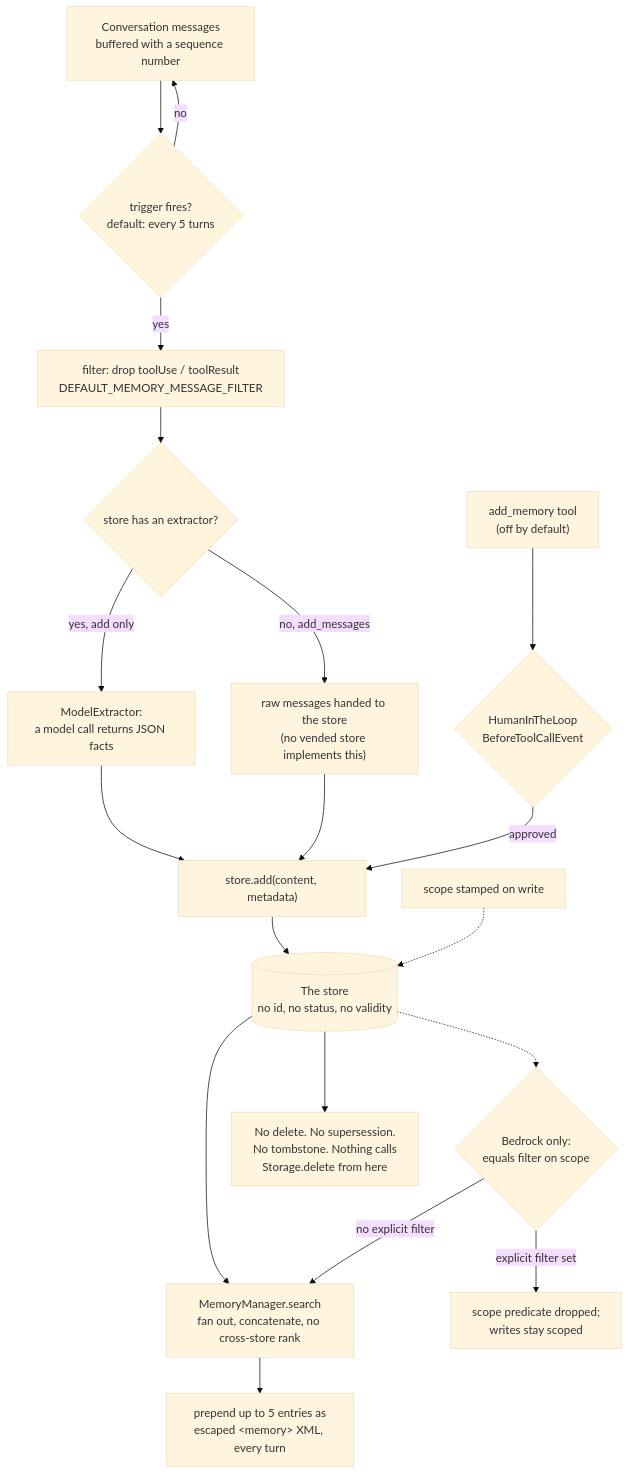
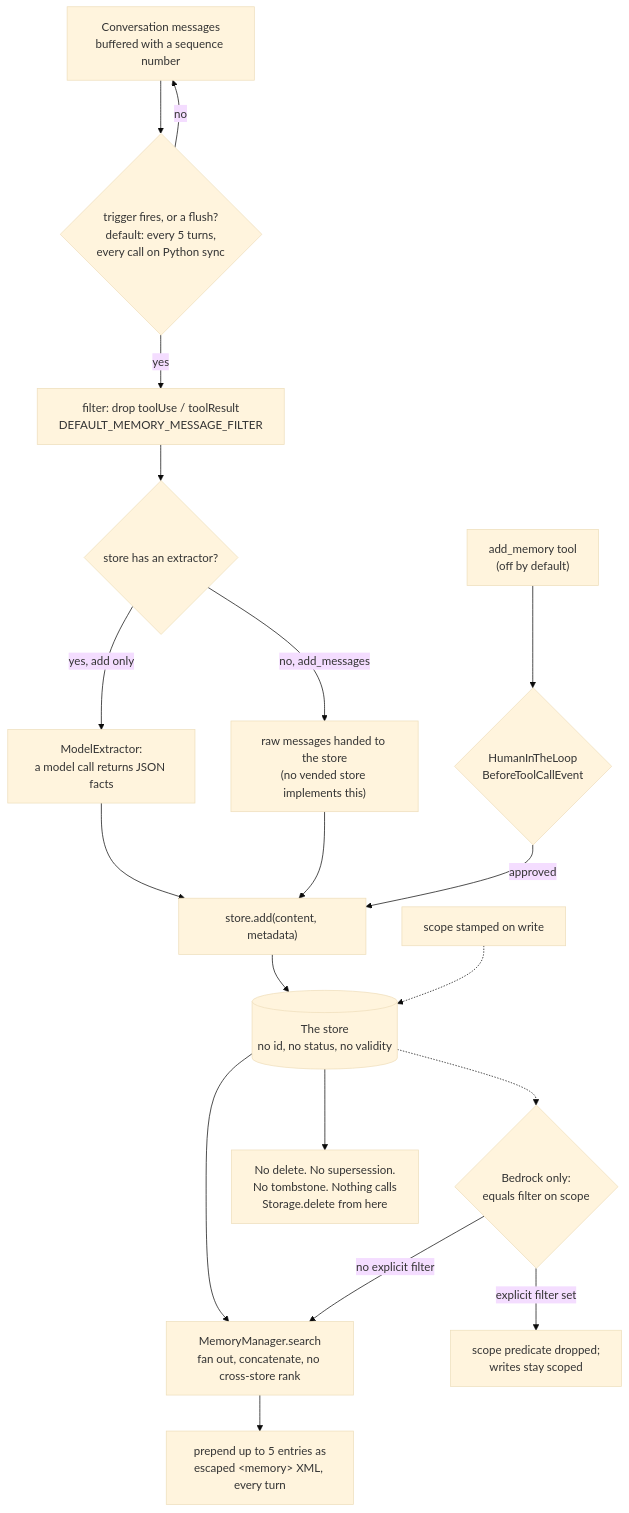
Before and after one commit to neoneye/agent-memory-atlas: the diagram in content/systems/strands-agents.md, drawn with Mermaid (base theme). The commit also changed other lines of this file and 10 other files, not shown here.

````diff
--- a/content/systems/strands-agents.md
+++ b/content/systems/strands-agents.md
@@ -114,22 +127,22 @@
 ```mermaid
 %% caption: Every write path ends in the same undifferentiated store and none of them has an exit; the scope predicate is real but sits inside one vended store, and the only gate the SDK offers reaches the optional tool and not the default background write.
 flowchart TD
-  CONV["Conversation messages<br/>buffered with a sequence number"] --> TRIG{"trigger fires?<br/>default: every 5 turns"}
+  CONV["Conversation messages<br/>buffered with a sequence number"] --> TRIG{"trigger fires, or a flush?<br/>default: every 5 turns,<br/>every call on Python sync"}
   TRIG -- "no" --> CONV
   TRIG -- "yes" --> FILT["filter: drop toolUse / toolResult<br/>DEFAULT_MEMORY_MESSAGE_FILTER"]
   FILT --> EXT{"store has an extractor?"}
   EXT -- "yes, add only" --> MODEL["ModelExtractor:<br/>a model call returns JSON facts"]
   EXT -- "no, add_messages" --> RAW["raw messages handed to the store<br/>(no vended store implements this)"]
   MODEL --> ADD["store.add(content, metadata)"]
   RAW --> ADD
   TOOL["add_memory tool<br/>(off by default)"] --> HITL{"HumanInTheLoop<br/>BeforeToolCallEvent"}
   HITL -- "approved" --> ADD
   ADD --> STORE[("The store<br/>no id, no status, no validity")]
   STORE --> SEARCH["MemoryManager.search<br/>fan out, concatenate, no cross-store rank"]
   SEARCH --> INJ["prepend up to 5 entries as<br/>escaped &lt;memory&gt; XML, every turn"]
   SCOPE["scope stamped on write"] -.-> STORE
   STORE -.-> PRED{"Bedrock only:<br/>equals filter on scope"}
   PRED -- "explicit filter set" --> NOPE["scope predicate dropped;<br/>writes stay scoped"]
   PRED -- "no explicit filter" --> SEARCH
   STORE --> EXIT["No delete. No supersession.<br/>No tombstone. Nothing calls<br/>Storage.delete from here"]
 ```
````
